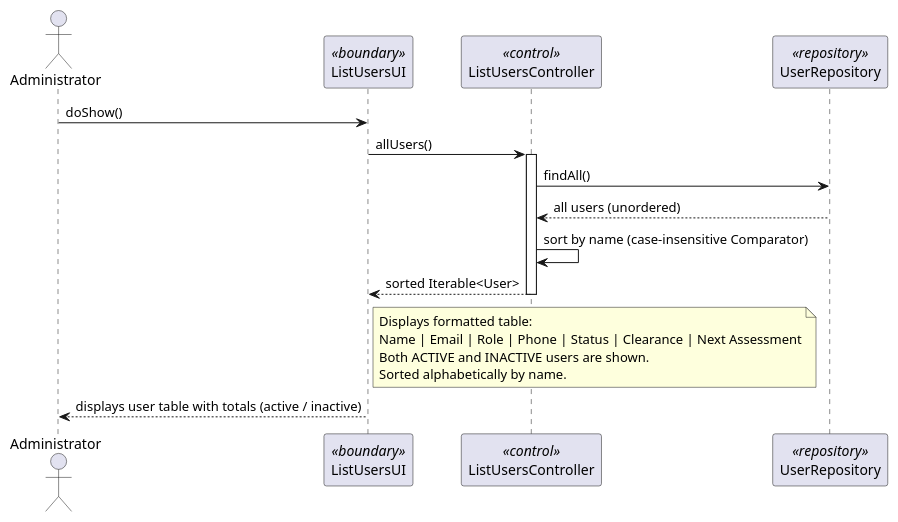
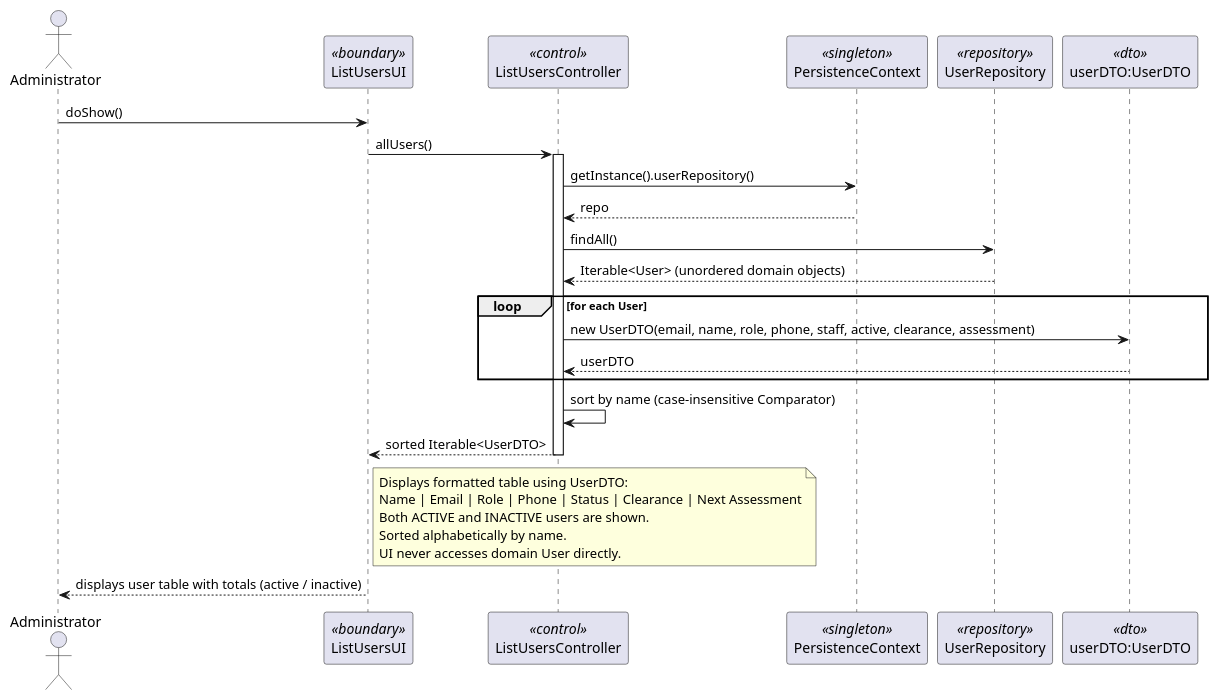
One commit to DuartePinto1240/sem4pi2526-sem4pi2526_2da2 changed the diagram in docs/Sprint 2/EAPLI/US033/puml/US033-sequence-diagram.puml. Above: the diagram before and after it, drawn with PlantUML. The commit also changed 19 other files, not shown here.

Commit message:
US030, US031, US033: Security clearance login check, UserDTO, updated tests and documentation.#5 , #6 and # 8

```diff
--- a/docs/Sprint 2/EAPLI/US033/puml/US033-sequence-diagram.puml
+++ b/docs/Sprint 2/EAPLI/US033/puml/US033-sequence-diagram.puml
@@ -1,26 +1,36 @@
 @startuml
 actor Administrator
 participant ListUsersUI as UI <<boundary>>
 participant ListUsersController as CTRL <<control>>
+participant PersistenceContext as PCON <<singleton>>
 participant UserRepository as REPO <<repository>>
+participant "userDTO:UserDTO" as DTO <<dto>>
 
 Administrator -> UI : doShow()
 UI -> CTRL : allUsers()
 activate CTRL
 
+CTRL -> PCON : getInstance().userRepository()
+PCON --> CTRL : repo
 CTRL -> REPO : findAll()
-REPO --> CTRL : all users (unordered)
+REPO --> CTRL : Iterable<User> (unordered domain objects)
+
+loop for each User
+    CTRL -> DTO : new UserDTO(email, name, role, phone, staff, active, clearance, assessment)
+    DTO --> CTRL : userDTO
+end
 
 CTRL -> CTRL : sort by name (case-insensitive Comparator)
-CTRL --> UI : sorted Iterable<User>
+CTRL --> UI : sorted Iterable<UserDTO>
 deactivate CTRL
 
 note right of UI
-  Displays formatted table:
+  Displays formatted table using UserDTO:
   Name | Email | Role | Phone | Status | Clearance | Next Assessment
   Both ACTIVE and INACTIVE users are shown.
   Sorted alphabetically by name.
+  UI never accesses domain User directly.
 end note
 
 UI --> Administrator : displays user table with totals (active / inactive)
 @enduml
```
